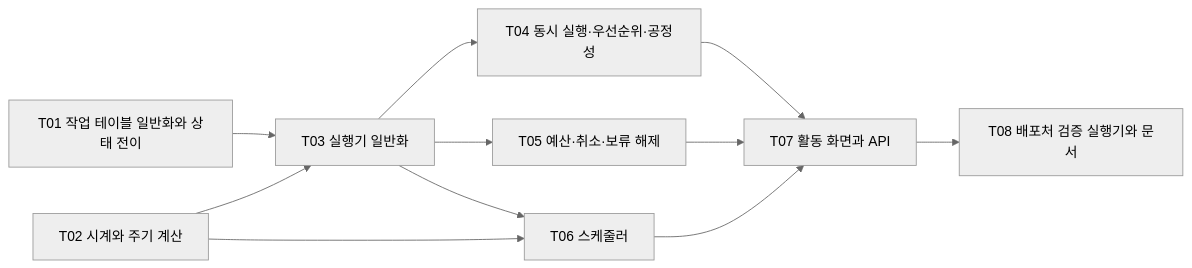
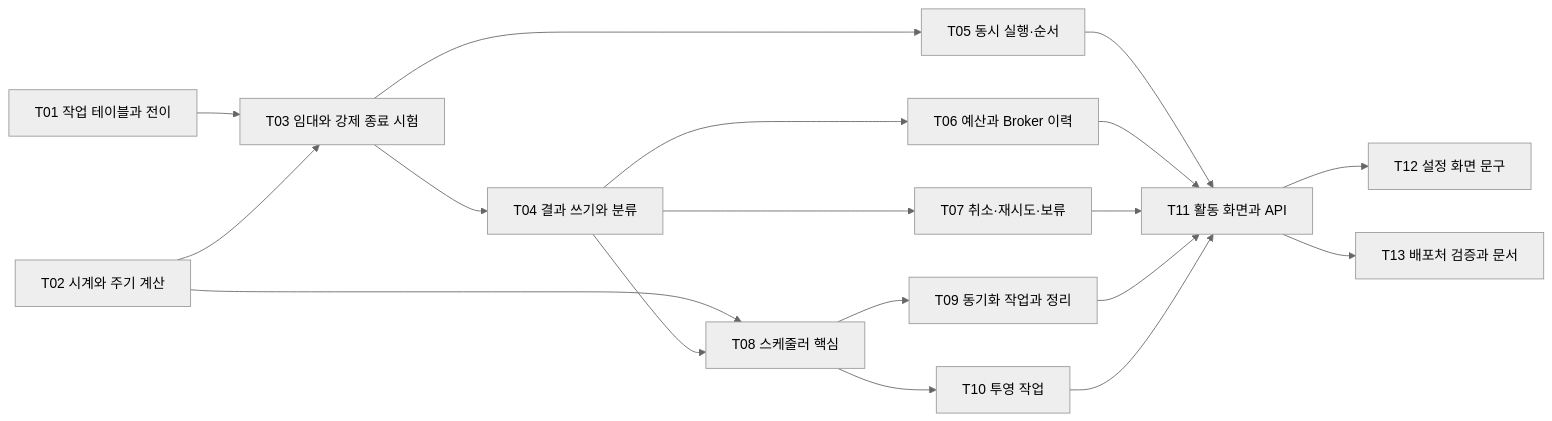
One commit to nohdol97/PKI changed the fourth of 4 diagrams in docs/specs/2026-11-21-I03-persistent-queue.md. Above: the diagram before and after it, drawn with Mermaid (neutral theme). The commit also changed other lines of this file, not shown here.

````diff
--- a/docs/specs/2026-11-21-I03-persistent-queue.md
+++ b/docs/specs/2026-11-21-I03-persistent-queue.md
@@ -245,13 +298,20 @@
 ```mermaid
 flowchart LR
-  T01["T01 작업 테이블 일반화와 상태 전이"] --> T03["T03 실행기 일반화"]
+  T01["T01 작업 테이블과 전이"] --> T03["T03 임대와 강제 종료 시험"]
   T02["T02 시계와 주기 계산"] --> T03
-  T02 --> T06["T06 스케줄러"]
-  T03 --> T04["T04 동시 실행·우선순위·공정성"]
-  T03 --> T05["T05 예산·취소·보류 해제"]
-  T03 --> T06
-  T04 --> T07["T07 활동 화면과 API"]
-  T05 --> T07
-  T06 --> T07
-  T07 --> T08["T08 배포처 검증 실행기와 문서"]
+  T03 --> T04["T04 결과 쓰기와 분류"]
+  T03 --> T05["T05 동시 실행·순서"]
+  T04 --> T06["T06 예산과 Broker 이력"]
+  T04 --> T07["T07 취소·재시도·보류"]
+  T02 --> T08["T08 스케줄러 핵심"]
+  T04 --> T08
+  T08 --> T09["T09 동기화 작업과 정리"]
+  T08 --> T10["T10 투영 작업"]
+  T05 --> T11["T11 활동 화면과 API"]
+  T06 --> T11
+  T07 --> T11
+  T09 --> T11
+  T10 --> T11
+  T11 --> T12["T12 설정 화면 문구"]
+  T11 --> T13["T13 배포처 검증과 문서"]
 ```
````
